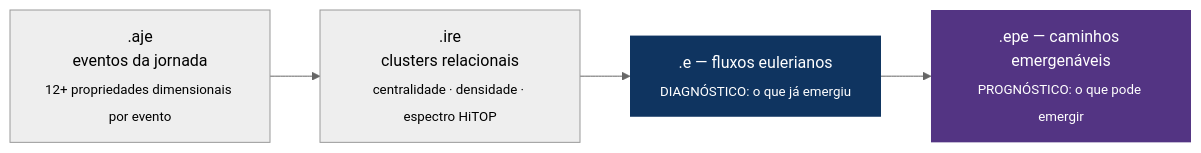
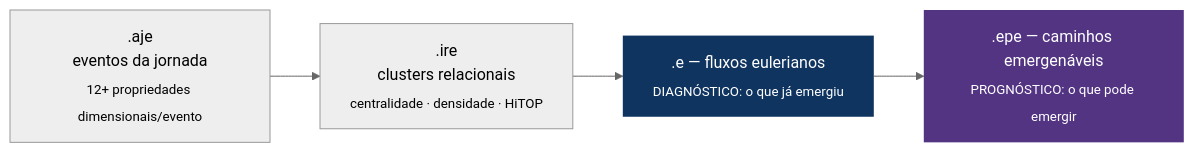
One commit to myselfgus/m changed the fifth of 10 diagrams in README.md. Above: the diagram before and after it, drawn with Mermaid (neutral theme). The commit also changed other lines of this file and 17 other files, not shown here.

````diff
--- a/README.md
+++ b/README.md
@@ -142,11 +181,11 @@
 ```mermaid
 flowchart LR
-    AJE[".aje<br/>eventos da jornada<br/><sub>12+ propriedades dimensionais por evento</sub>"]
-    IRE[".ire<br/>clusters relacionais<br/><sub>centralidade · densidade · espectro HiTOP</sub>"]
+    AJE[".aje<br/>eventos da jornada<br/><sub>12+ propriedades dimensionais/evento</sub>"]
+    IRE[".ire<br/>clusters relacionais<br/><sub>centralidade · densidade · HiTOP</sub>"]
     E[".e — fluxos eulerianos<br/><sub>DIAGNÓSTICO: o que já emergiu</sub>"]
     EPE[".epe — caminhos emergenáveis<br/><sub>PROGNÓSTICO: o que pode emergir</sub>"]
 
     AJE --> IRE --> E --> EPE
     style E fill:#0f3460,color:#fff,stroke:none
     style EPE fill:#533483,color:#fff,stroke:none
 ```
````
